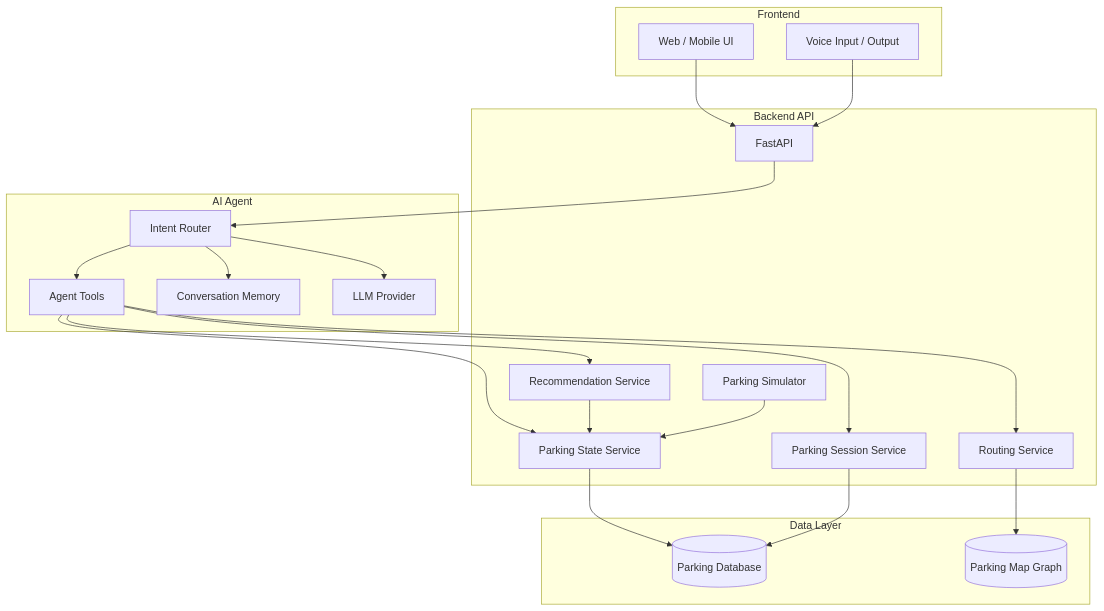
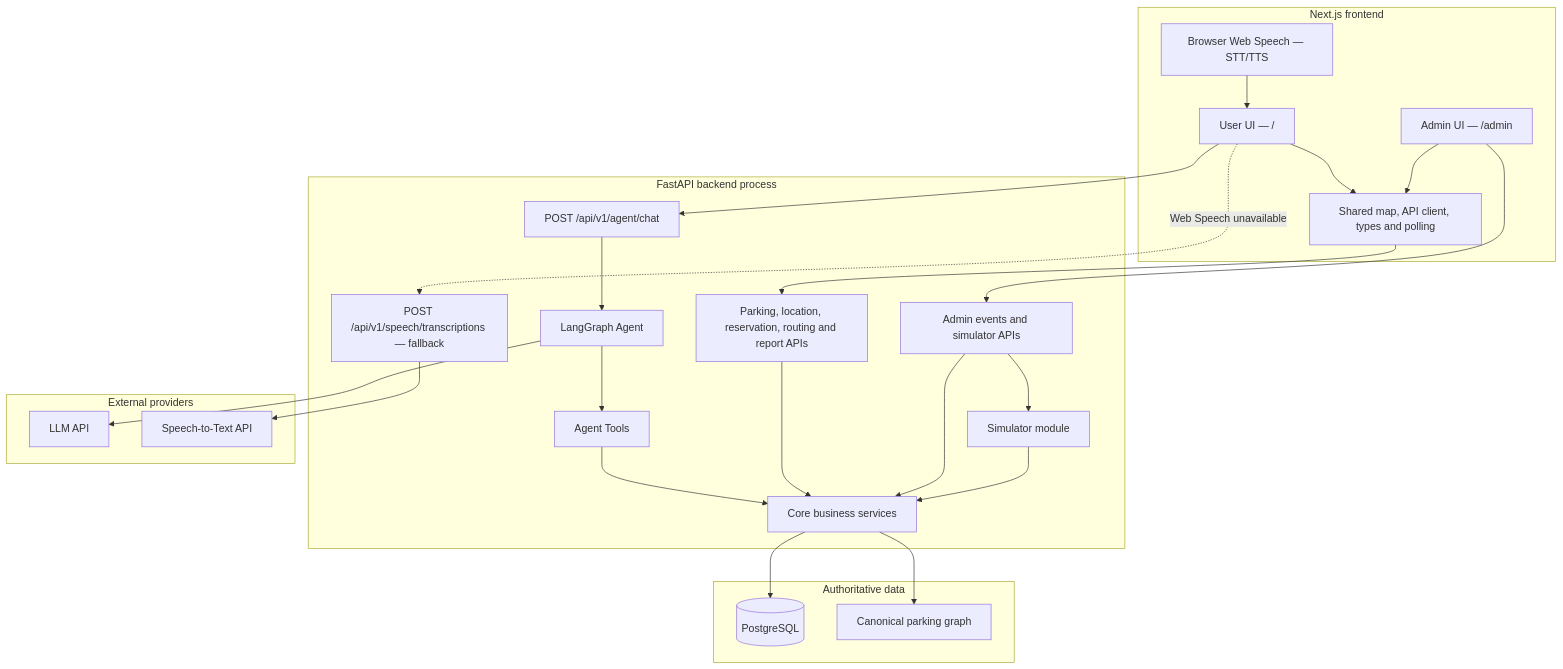
One commit to Ngducanh05/T-152 changed the first of 7 diagrams in docs/architecture.md. Above: the diagram before and after it, drawn with Mermaid. The commit also changed other lines of this file and 45 other files, not shown here.

````diff
--- a/docs/architecture.md
+++ b/docs/architecture.md
@@ -24,48 +24,51 @@
 ```mermaid
-graph TB
-    subgraph Client["Frontend"]
-        UI[Web / Mobile UI]
-        Voice[Voice Input / Output]
+flowchart TB
+    subgraph Browser["Next.js frontend"]
+        UserUI["User UI — /"]
+        AdminUI["Admin UI — /admin"]
+        Shared["Shared map, API client, types and polling"]
+        WebSpeech["Browser Web Speech — STT/TTS"]
     end
 
-    subgraph Backend["Backend API"]
-        API[FastAPI]
-        State[Parking State Service]
-        Recommend[Recommendation Service]
-        Routing[Routing Service]
-        Session[Parking Session Service]
-        Simulator[Parking Simulator]
+    subgraph Backend["FastAPI backend process"]
+        PublicAPI["Parking, location, reservation, routing and report APIs"]
+        AgentAPI["POST /api/v1/agent/chat"]
+        SpeechAPI["POST /api/v1/speech/transcriptions — fallback"]
+        AdminAPI["Admin events and simulator APIs"]
+        Agent["LangGraph Agent"]
+        Tools["Agent Tools"]
+        Core["Core business services"]
+        Simulator["Simulator module"]
     end
 
-    subgraph Agent["AI Agent"]
-        Router[Intent Router]
-        Tools[Agent Tools]
-        Memory[Conversation Memory]
-        LLM[LLM Provider]
+    subgraph Data["Authoritative data"]
+        DB[("PostgreSQL")]
+        Map["Canonical parking graph"]
     end
 
-    subgraph Data["Data Layer"]
-        DB[(Parking Database)]
-        Map[(Parking Map Graph)]
+    subgraph External["External providers"]
+        LLM["LLM API"]
+        STT["Speech-to-Text API"]
     end
 
-    UI --> API
-    Voice --> API
+    UserUI --> Shared
+    AdminUI --> Shared
+    WebSpeech --> UserUI
+    Shared --> PublicAPI
+    UserUI --> AgentAPI
+    AdminUI --> AdminAPI
+    UserUI -. "Web Speech unavailable" .-> SpeechAPI
 
-    API --> Router
-    Router --> Tools
-    Router --> Memory
-    Router --> LLM
+    AgentAPI --> Agent
+    Agent --> LLM
+    Agent --> Tools
+    Tools --> Core
+    PublicAPI --> Core
+    AdminAPI --> Core
+    AdminAPI --> Simulator
+    Simulator --> Core
+    SpeechAPI --> STT
 
-    Tools --> State
-    Tools --> Recommend
-    Tools --> Routing
-    Tools --> Session
-
-    Recommend --> State
-    Routing --> Map
-    State --> DB
-    Session --> DB
-
-    Simulator --> State
+    Core --> DB
+    Core --> Map
 ```
````
